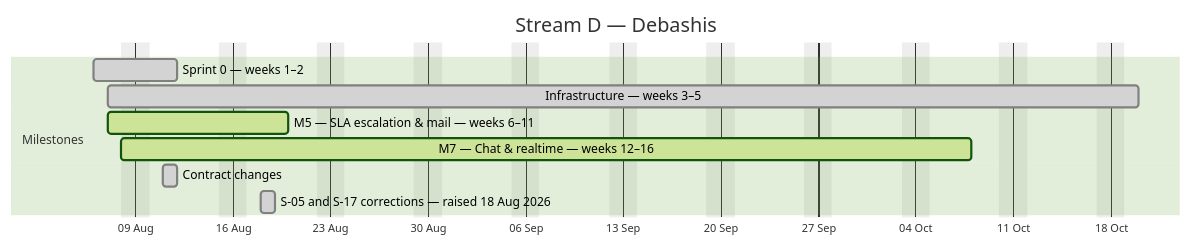
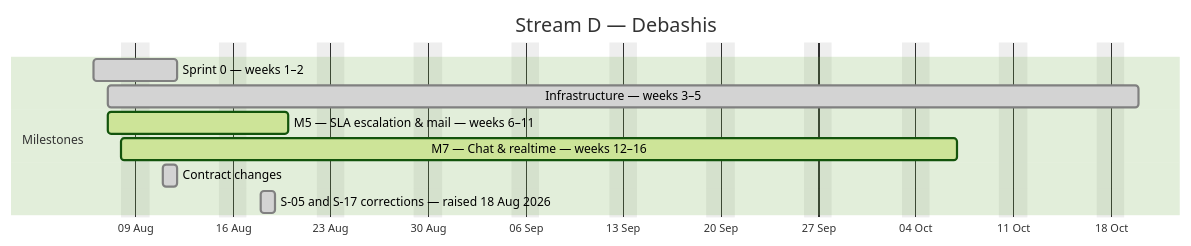
The fourth of 4 diagrams in docs/plan/GANTT.md (debashisedunext/EduTrack), drawn with Mermaid (forest theme) before and after one commit. The commit also changed other lines of this file and 3 other files, not shown here.

````diff
--- a/docs/plan/GANTT.md
+++ b/docs/plan/GANTT.md
@@ -149,14 +149,14 @@
 ```mermaid
 gantt
     dateFormat YYYY-MM-DD
     axisFormat %d %b
     title Stream D — Debashis
     excludes weekends
     section Milestones
     Sprint 0 — weeks 1–2 :done, d0, 2026-08-06, 4d
     Infrastructure — weeks 3–5 :done, d1, 2026-08-07, 52d
     M5 — SLA  escalation & mail — weeks 6–11 :active, d2, 2026-08-07, 9d
-    M7 — Chat & realtime — weeks 12–16 :active, d3, 2026-08-08, 44d
+    M7 — Chat & realtime — weeks 12–16 :active, d3, 2026-08-08, 43d
     Contract changes :done, d4, 2026-08-11, 1d
     S-05 and S-17 corrections — raised 18 Aug 2026 :done, d5, 2026-08-18, 1d
 ```
````
